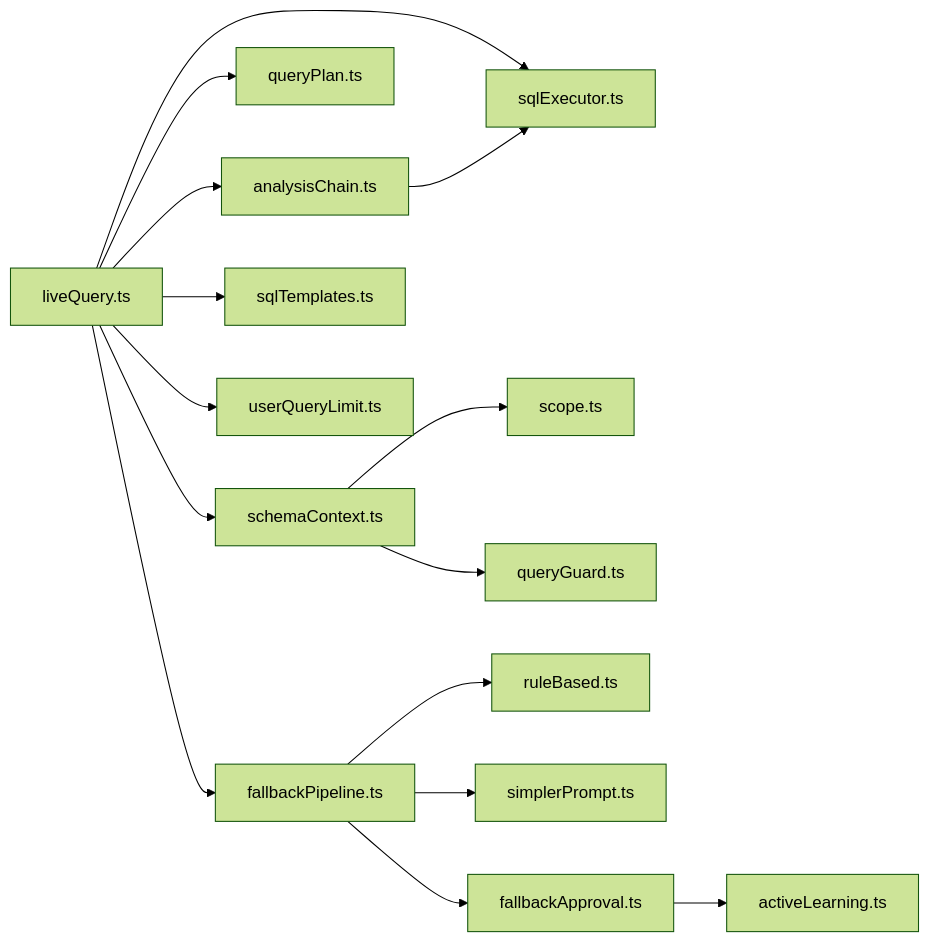
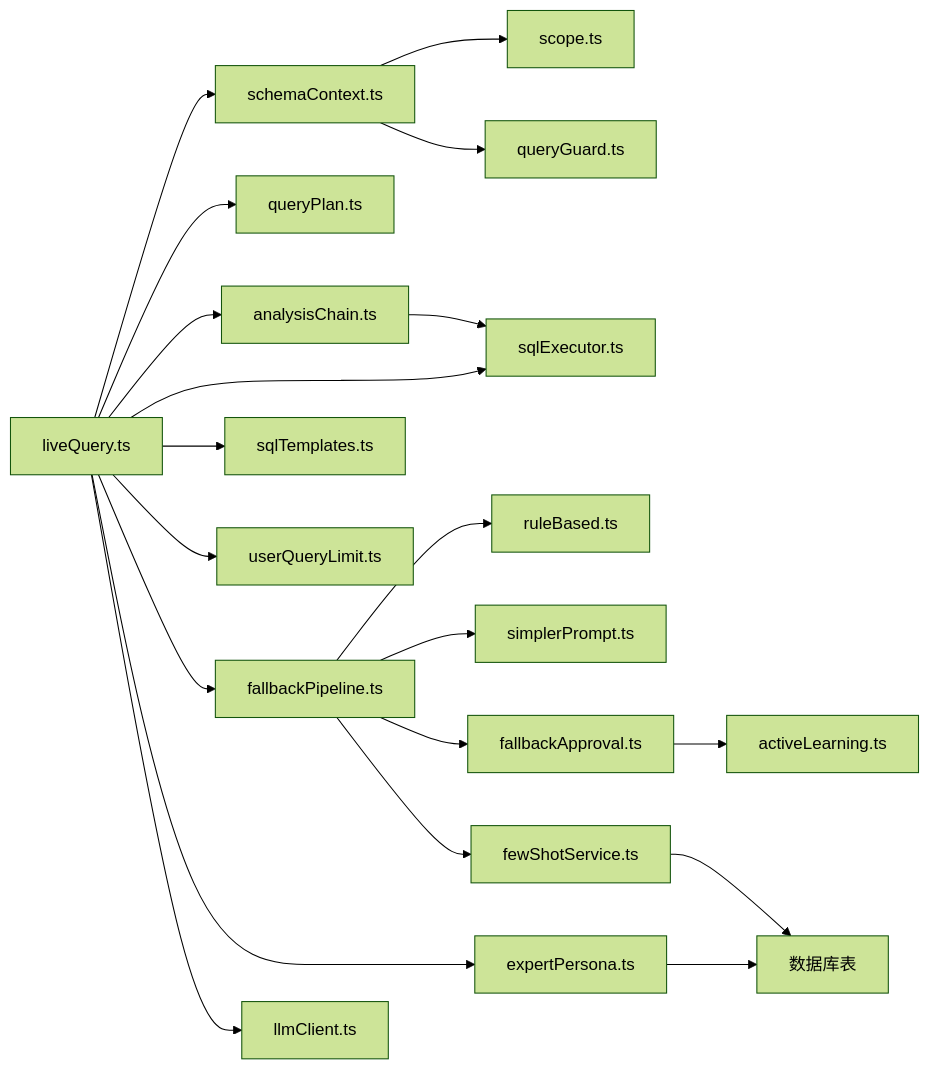
Diagram 14 of 16 in .qoder/repowiki/zh/content/系统架构/核心组件详解/查询处理引擎/查询处理引擎.md (dgjin/smart-data-analytics), drawn with Mermaid (forest theme) before and after one commit. The commit also changed other lines of this file and 100 other files, not shown here.

````diff
--- a/.qoder/repowiki/zh/content/系统架构/核心组件详解/查询处理引擎/查询处理引擎.md
+++ b/.qoder/repowiki/zh/content/系统架构/核心组件详解/查询处理引擎/查询处理引擎.md
@@ -453,17 +641,22 @@
 ```mermaid
 graph LR
 LQ["liveQuery.ts"] --> SC["schemaContext.ts"]
 LQ --> PL["queryPlan.ts"]
 LQ --> CH["analysisChain.ts"]
 LQ --> SE["sqlExecutor.ts"]
 LQ --> ST["sqlTemplates.ts"]
 LQ --> UL["userQueryLimit.ts"]
 LQ --> FB["fallbackPipeline.ts"]
+LQ --> EP["expertPersona.ts"]
+LQ --> LR["llmClient.ts"]
 CH --> SE
 SC --> SCOPE["scope.ts"]
 SC --> GUARD["queryGuard.ts"]
 FB --> RB["ruleBased.ts"]
 FB --> SP["simplerPrompt.ts"]
 FB --> FA["fallbackApproval.ts"]
+FB --> FS["fewShotService.ts"]
 FA --> AL["activeLearning.ts"]
+FS --> DB["数据库表"]
+EP --> DB
 ```
````
